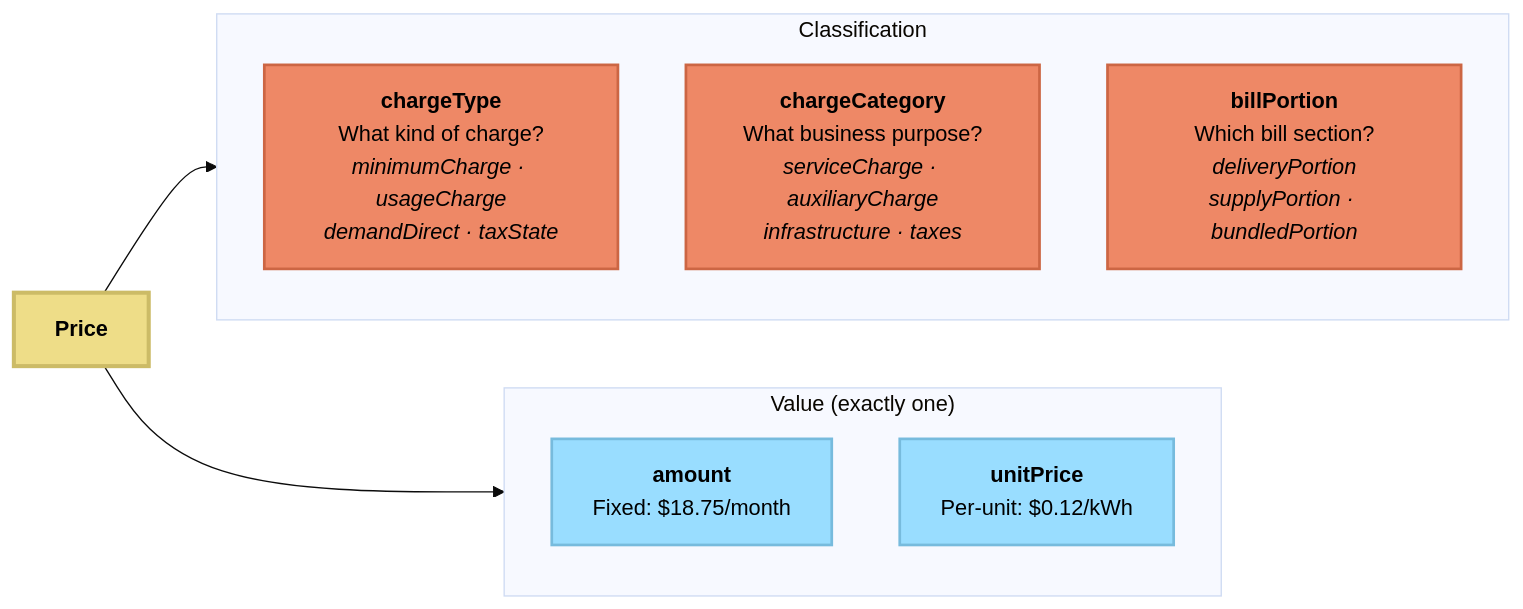
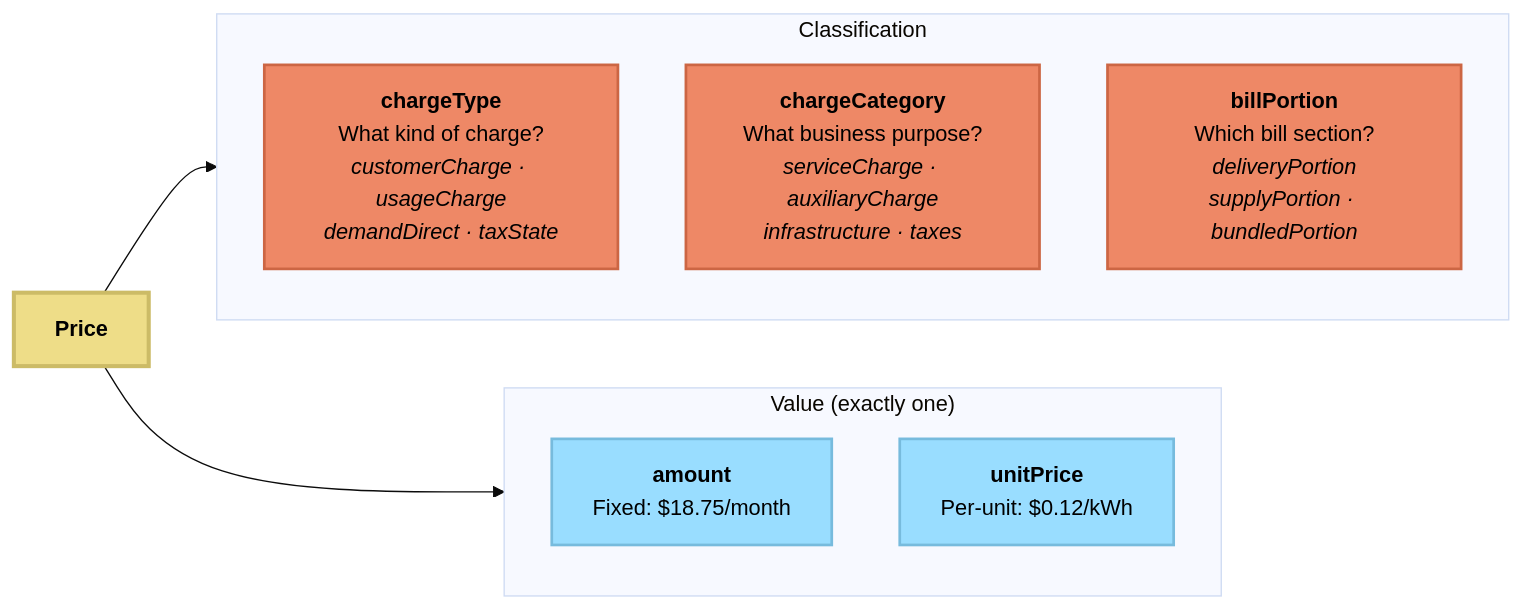
One commit to urpx-org/urpx changed the second of 5 diagrams in documentation/pages/urpx-tutorial.md. Above: the diagram before and after it, drawn with Mermaid (base theme). The commit also changed other lines of this file and 20 other files, not shown here.

````diff
--- a/documentation/pages/urpx-tutorial.md
+++ b/documentation/pages/urpx-tutorial.md
@@ -308,29 +307,29 @@
 ```mermaid
 
 graph LR
     Price["<b>Price</b>"]
 
     subgraph Classification["Classification"]
         direction TB
-        CT["<b>chargeType</b><br/>What kind of charge?<br/><i>minimumCharge · usageCharge<br/>demandDirect · taxState</i>"]
+        CT["<b>chargeType</b><br/>What kind of charge?<br/><i>customerCharge · usageCharge<br/>demandDirect · taxState</i>"]
         CC["<b>chargeCategory</b><br/>What business purpose?<br/><i>serviceCharge · auxiliaryCharge<br/>infrastructure · taxes</i>"]
         BP["<b>billPortion</b><br/>Which bill section?<br/><i>deliveryPortion<br/>supplyPortion · bundledPortion</i>"]
     end
 
     subgraph Value["Value (exactly one)"]
         direction TB
         Amt["<b>amount</b><br/>Fixed: $18.75/month"]
         UP["<b>unitPrice</b><br/>Per-unit: $0.12/kWh"]
     end
 
     Price --> Classification
     Price --> Value
 
     classDef priceClass fill:#EEDD88,stroke:#CCBB66,stroke-width:3px,color:#000
     classDef classifyClass fill:#EE8866,stroke:#CC6644,stroke-width:2px,color:#000
     classDef valueClass fill:#99DDFF,stroke:#77BBDD,stroke-width:2px,color:#000
 
     class Price priceClass
     class CT,CC,BP classifyClass
     class Amt,UP valueClass
 ```
````
